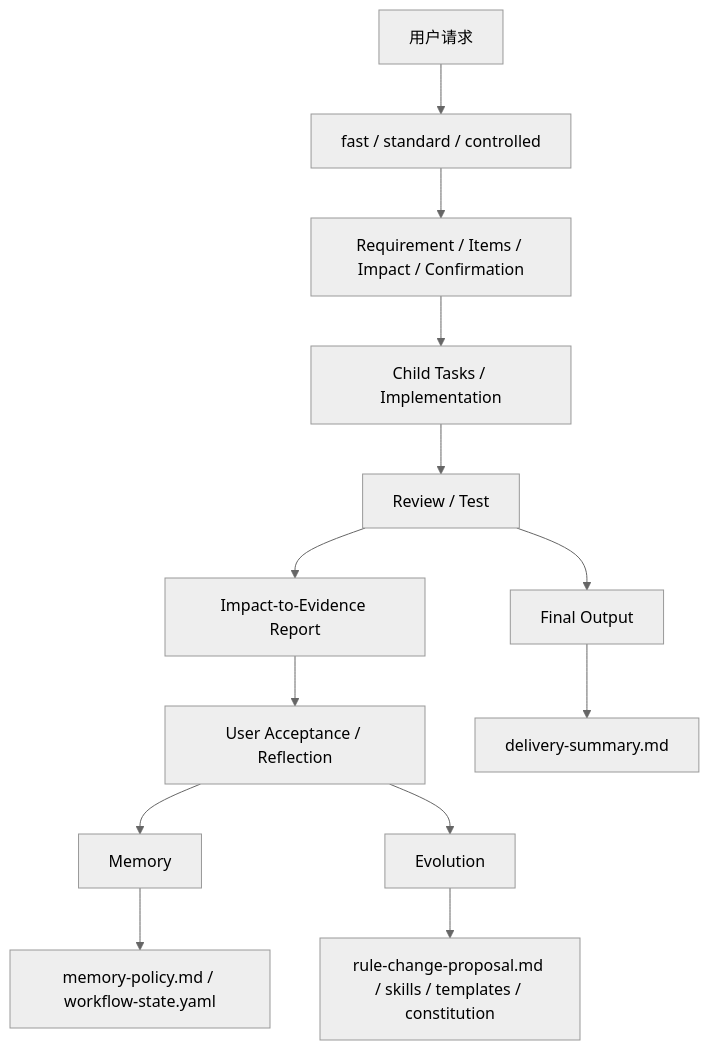
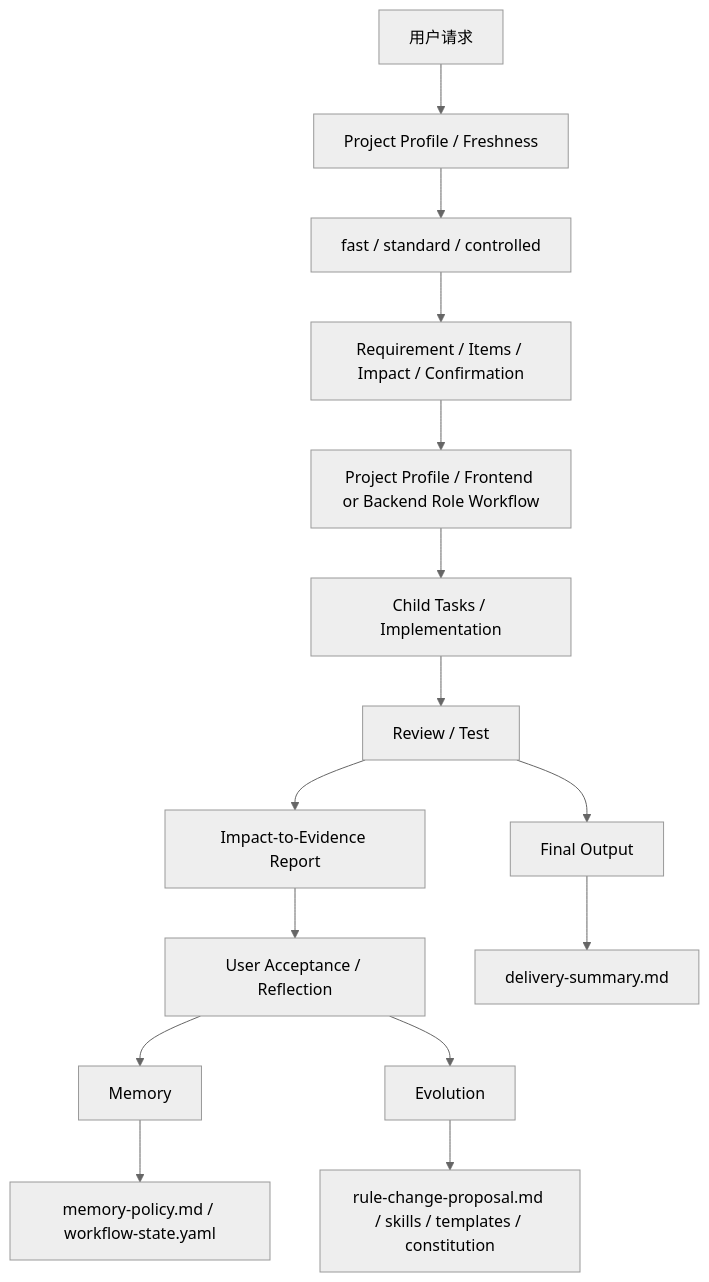
The diagram in project-engineering-workflow/assets/template-root/docs/AI能力地图.md (iizhan/workflow-skills), drawn with Mermaid (neutral theme) before and after one commit. The commit also changed other lines of this file and 86 other files, not shown here.

Commit message:
feat(workflow): add project-aware profiles and role workflows

````diff
--- a/project-engineering-workflow/assets/template-root/docs/AI能力地图.md
+++ b/project-engineering-workflow/assets/template-root/docs/AI能力地图.md
@@ -12,16 +12,18 @@
 ```mermaid
 flowchart TD
-  A["用户请求"] --> A1["fast / standard / controlled"]
+  A["用户请求"] --> P["Project Profile / Freshness"]
+  P --> A1["fast / standard / controlled"]
   A1 --> B["Requirement / Items / Impact / Confirmation"]
-  B --> C["Child Tasks / Implementation"]
+  B --> B1["Project Profile / Frontend or Backend Role Workflow"]
+  B1 --> C["Child Tasks / Implementation"]
   C --> D["Review / Test"]
   D --> D1["Impact-to-Evidence Report"]
   D1 --> E["User Acceptance / Reflection"]
   E --> F["Memory"]
   E --> G["Evolution"]
   D --> H["Final Output"]
 
   F --> I["memory-policy.md / workflow-state.yaml"]
   G --> J["rule-change-proposal.md / skills / templates / constitution"]
   H --> K["delivery-summary.md"]
 ```
````
